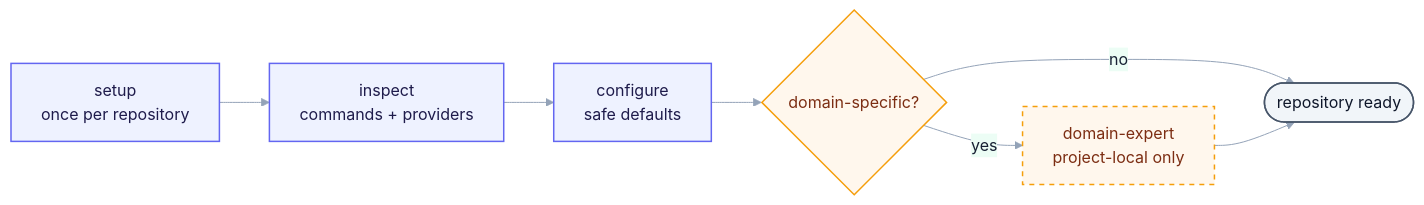
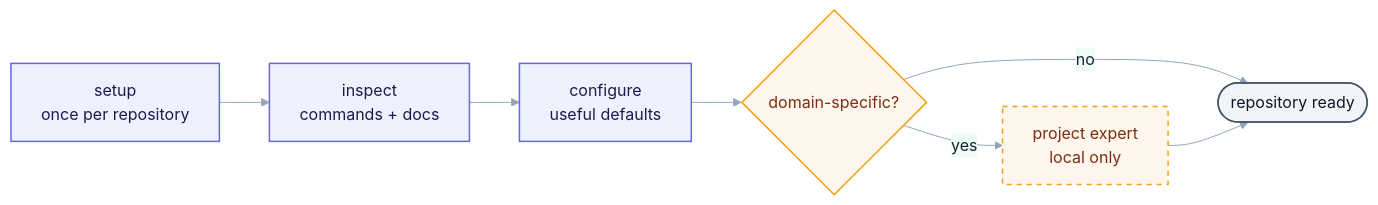
One commit to Igloczek/skills changed the first of 2 diagrams in README.md. Above: the diagram before and after it, drawn with Mermaid. The commit also changed other lines of this file and 2 other files, not shown here.

Commit message:
docs: use plain language in project docs

````diff
--- a/README.md
+++ b/README.md
@@ -63,19 +62,19 @@
 ```mermaid
 %%{init: {"theme":"base","themeVariables":{"fontFamily":"ui-sans-serif,system-ui,sans-serif","lineColor":"#94a3b8","primaryColor":"#eef2ff","primaryTextColor":"#172033","primaryBorderColor":"#6366f1","secondaryColor":"#ecfdf5","tertiaryColor":"#fff7ed"}}}%%
 flowchart LR
-    setup["setup<br/>once per repository"] --> inspect["inspect<br/>commands + providers"]
-    inspect --> configure["configure<br/>safe defaults"]
+    setup["setup<br/>once per repository"] --> inspect["inspect<br/>commands + docs"]
+    inspect --> configure["configure<br/>useful defaults"]
     configure --> domain{"domain-specific?"}
-    domain -->|yes| domain_expert["domain-expert<br/>project-local only"]
+    domain -->|yes| domain_expert["project expert<br/>local only"]
     domain -->|no| ready(["repository ready"])
     domain_expert --> ready
 
     classDef core fill:#eef2ff,stroke:#6366f1,color:#1e1b4b,stroke-width:1.5px;
     classDef decision fill:#fff7ed,stroke:#f59e0b,color:#7c2d12,stroke-width:1.5px;
     classDef local fill:#fff7ed,stroke:#f59e0b,color:#7c2d12,stroke-width:1.5px,stroke-dasharray:5 5;
     classDef terminal fill:#f1f5f9,stroke:#475569,color:#0f172a,stroke-width:1.5px;
     class setup,inspect,configure core;
     class domain decision;
     class domain_expert local;
     class ready terminal;
 ```
````
